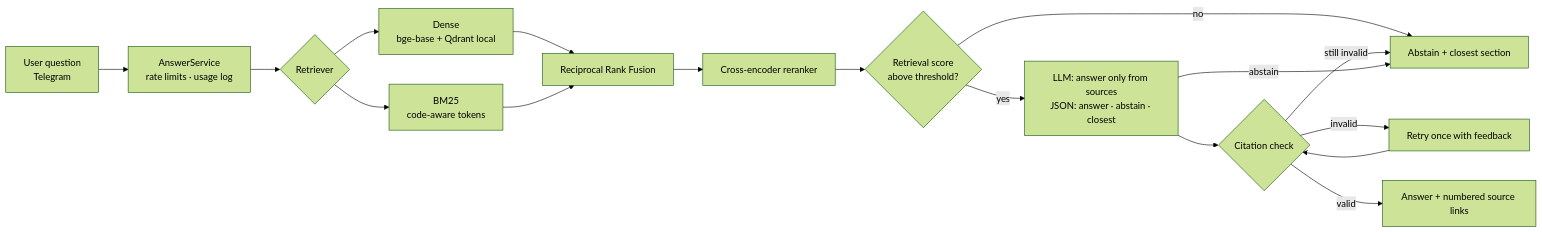
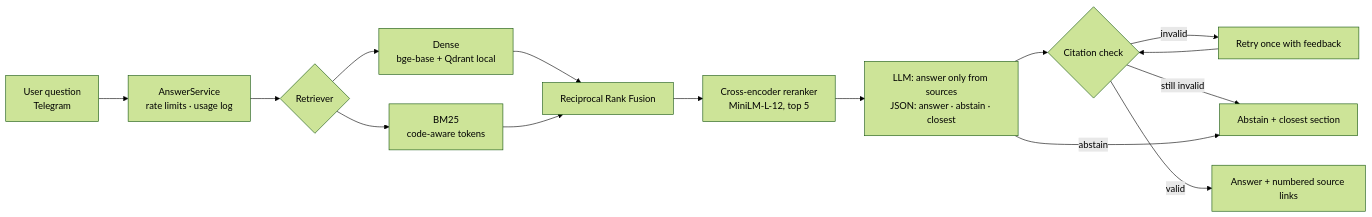
One commit to mhsh77/protocol-docs-rag changed the diagram in README.md. Above: the diagram before and after it, drawn with Mermaid (forest theme). The commit also changed other lines of this file and 3 other files, not shown here.

````diff
--- a/README.md
+++ b/README.md
@@ -33,19 +84,17 @@
 ```mermaid
 flowchart LR
     Q[User question<br/>Telegram] --> S[AnswerService<br/>rate limits · usage log]
     S --> R{Retriever}
     R --> D[Dense<br/>bge-base + Qdrant local]
     R --> B[BM25<br/>code-aware tokens]
     D --> F[Reciprocal Rank Fusion]
     B --> F
-    F --> X[Cross-encoder reranker]
-    X --> G{Retrieval score<br/>above threshold?}
-    G -- no --> A1[Abstain + closest section]
-    G -- yes --> L[LLM: answer only from sources<br/>JSON: answer · abstain · closest]
+    F --> X[Cross-encoder reranker<br/>MiniLM-L-12, top 5]
+    X --> L[LLM: answer only from sources<br/>JSON: answer · abstain · closest]
     L --> C{Citation check}
     C -- invalid --> L2[Retry once with feedback]
     L2 --> C
     C -- still invalid --> A1
     C -- valid --> OUT[Answer + numbered source links]
-    L -- abstain --> A1
+    L -- abstain --> A1[Abstain + closest section]
 ```
````
